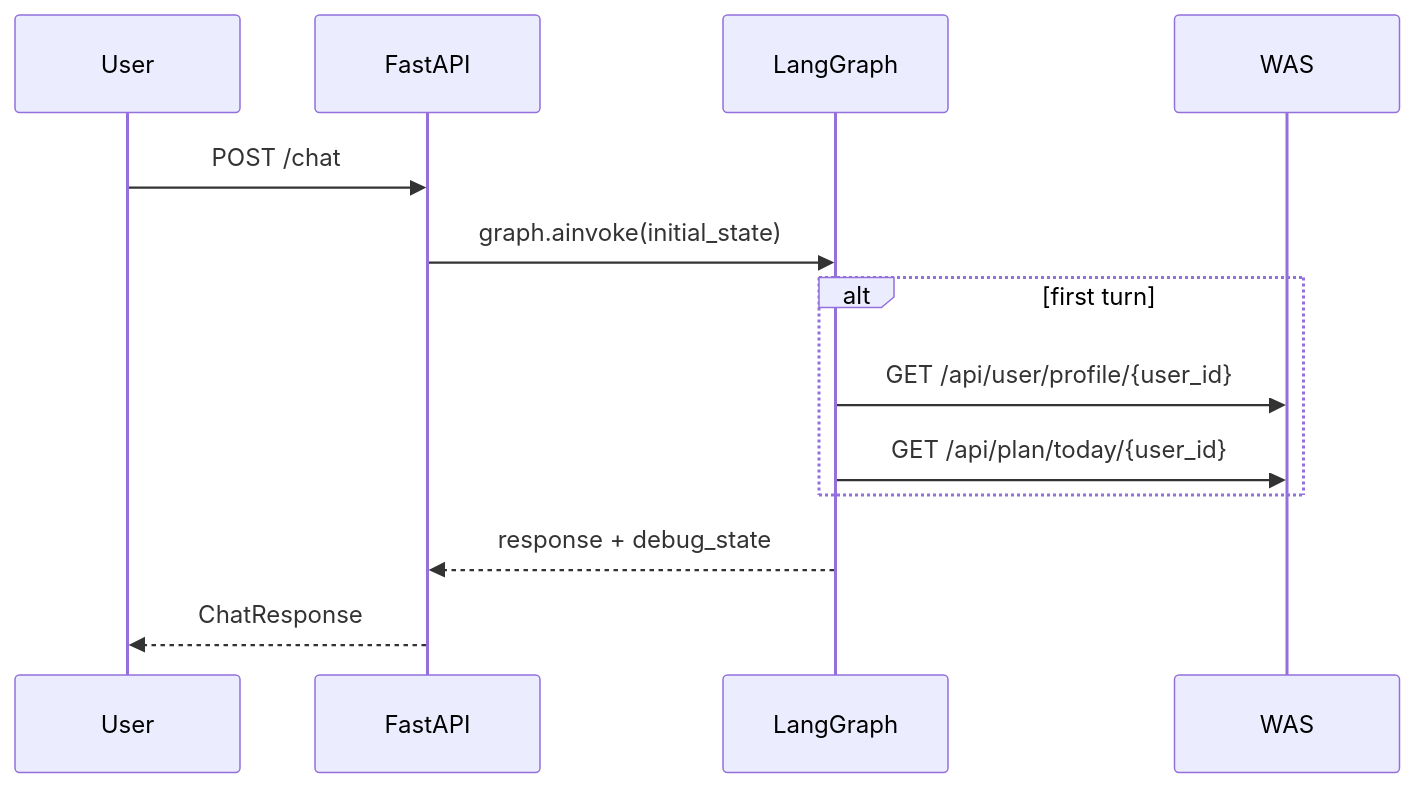
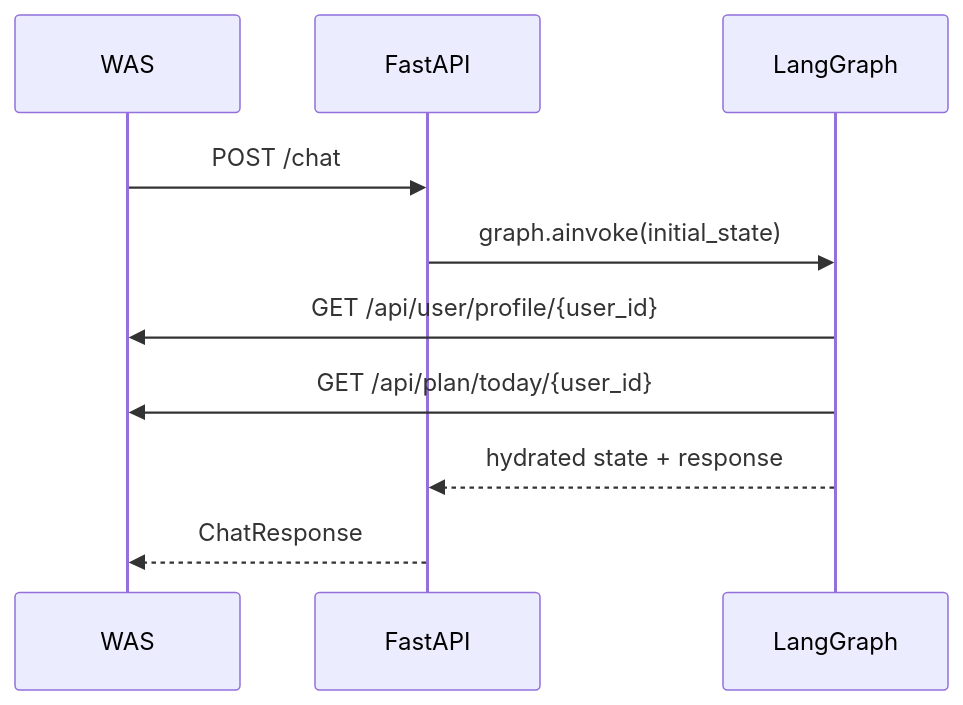
Before and after one commit to WinLike-dev/capstone_2team: the third of 5 diagrams in develop/ai-model/v2/docs/api_specification.md, drawn with Mermaid. The commit also changed other lines of this file and 44 other files, not shown here.

````diff
--- a/develop/ai-model/v2/docs/api_specification.md
+++ b/develop/ai-model/v2/docs/api_specification.md
@@ -56,16 +74,13 @@
 ```mermaid
 sequenceDiagram
-    participant U as User
+    participant W as WAS
     participant F as FastAPI
     participant G as LangGraph
-    participant W as WAS
 
-    U->>F: POST /chat
+    W->>F: POST /chat
     F->>G: graph.ainvoke(initial_state)
-    alt first turn
-        G->>W: GET /api/user/profile/{user_id}
-        G->>W: GET /api/plan/today/{user_id}
-    end
-    G-->>F: response + debug_state
-    F-->>U: ChatResponse
+    G->>W: GET /api/user/profile/{user_id}
+    G->>W: GET /api/plan/today/{user_id}
+    G-->>F: hydrated state + response
+    F-->>W: ChatResponse
 ```
````
